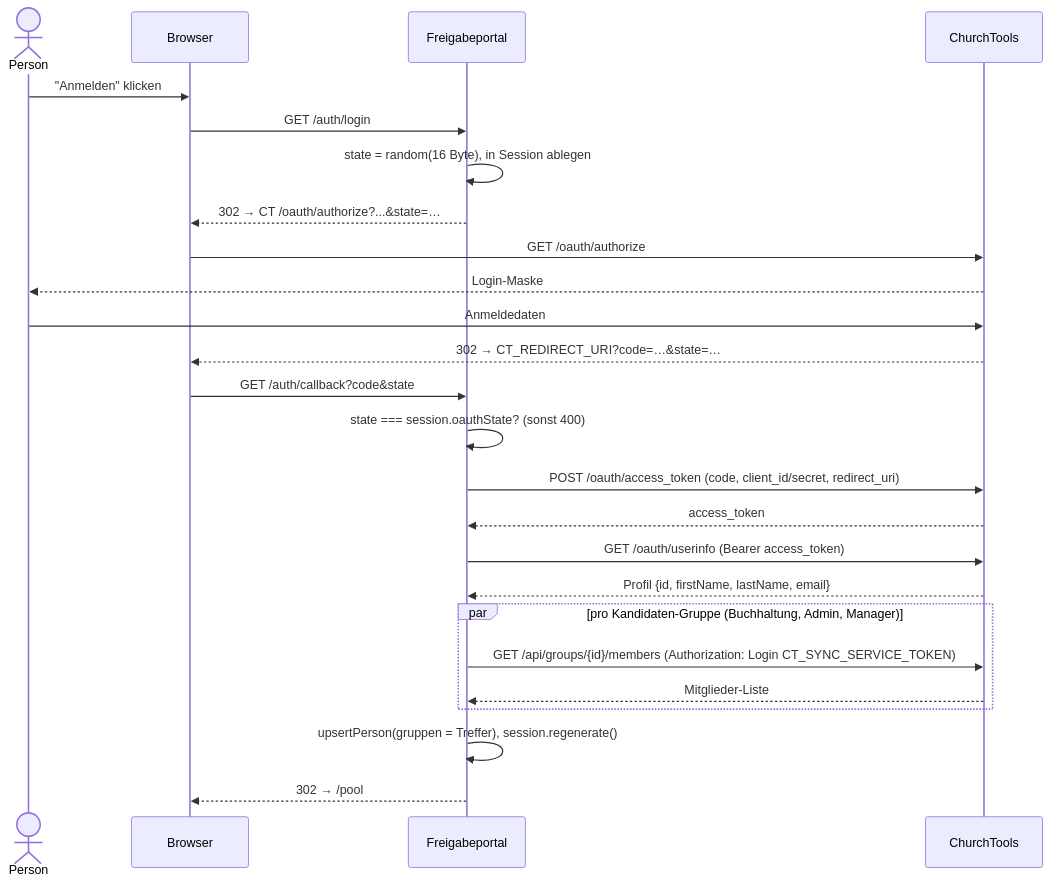
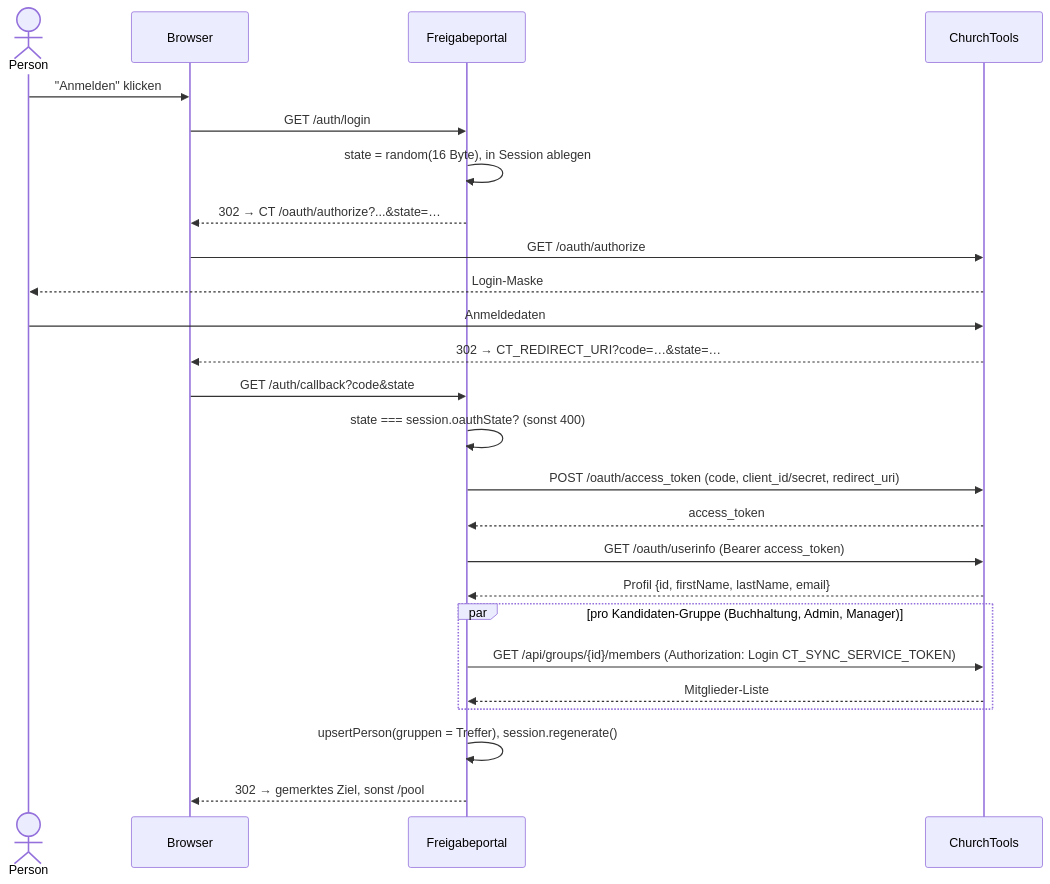
One commit to rony326/freigabeportal changed the first of 2 diagrams in docs/auth-und-rechte.md. Above: the diagram before and after it, drawn with Mermaid. The commit also changed other lines of this file and 2 other files, not shown here.

````diff
--- a/docs/auth-und-rechte.md
+++ b/docs/auth-und-rechte.md
@@ -11,28 +11,28 @@
 ```mermaid
 sequenceDiagram
     actor U as Person
     participant B as Browser
     participant P as Freigabeportal
     participant CT as ChurchTools
 
     U->>B: "Anmelden" klicken
     B->>P: GET /auth/login
     P->>P: state = random(16 Byte), in Session ablegen
     P-->>B: 302 → CT /oauth/authorize?...&state=…
     B->>CT: GET /oauth/authorize
     CT-->>U: Login-Maske
     U->>CT: Anmeldedaten
     CT-->>B: 302 → CT_REDIRECT_URI?code=…&state=…
     B->>P: GET /auth/callback?code&state
     P->>P: state === session.oauthState? (sonst 400)
     P->>CT: POST /oauth/access_token (code, client_id/secret, redirect_uri)
     CT-->>P: access_token
     P->>CT: GET /oauth/userinfo (Bearer access_token)
     CT-->>P: Profil {id, firstName, lastName, email}
     par pro Kandidaten-Gruppe (Buchhaltung, Admin, Manager)
         P->>CT: GET /api/groups/{id}/members (Authorization: Login CT_SYNC_SERVICE_TOKEN)
         CT-->>P: Mitglieder-Liste
     end
     P->>P: upsertPerson(gruppen = Treffer), session.regenerate()
-    P-->>B: 302 → /pool
+    P-->>B: 302 → gemerktes Ziel, sonst /pool
 ```
````
